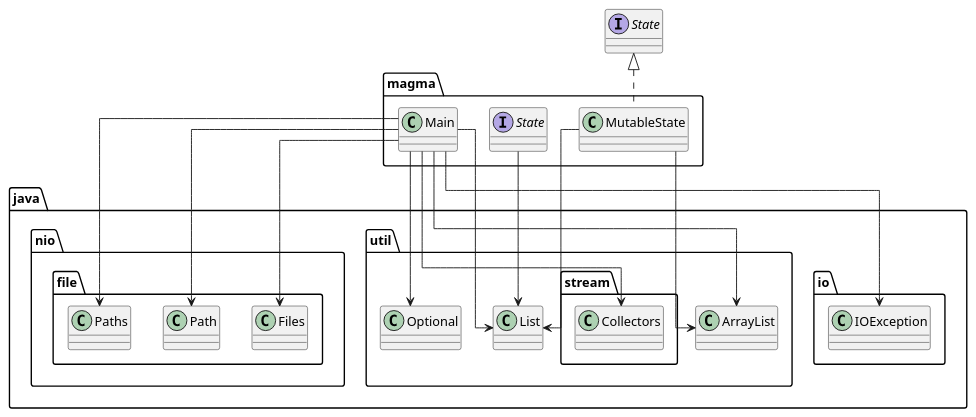
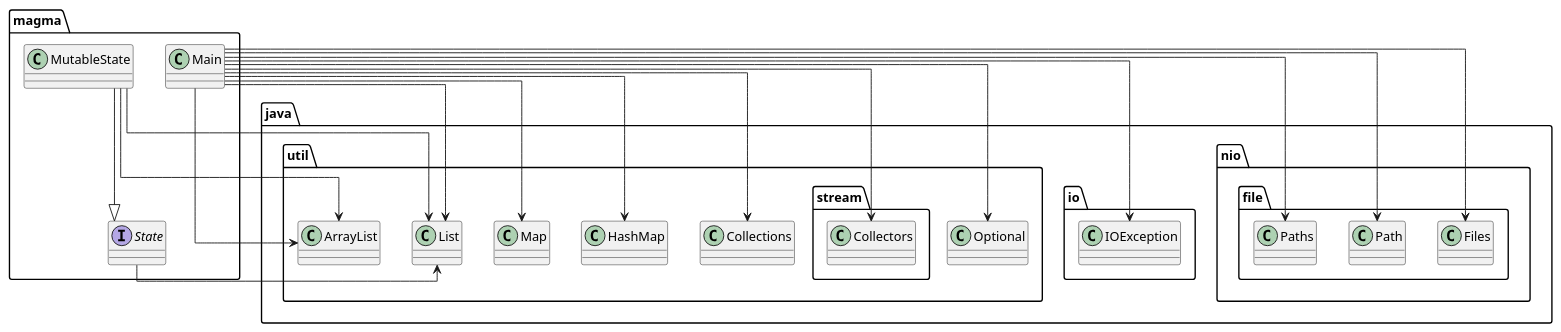
One commit to SirMathhman/Magma changed the diagram in diagram.puml. Above: the diagram before and after it, drawn with PlantUML. The commit also changed 1 other file, not shown here.

```diff
--- a/diagram.puml
+++ b/diagram.puml
@@ -1,17 +1,21 @@
 @startuml
 skinparam linetype ortho
 magma.MutableState --> java.util.ArrayList
 magma.MutableState --> java.util.List
-class magma.MutableState implements State 
+class magma.MutableState 
+magma.MutableState  --|> magma.State
 magma.Main --> java.io.IOException
 magma.Main --> java.nio.file.Files
 magma.Main --> java.nio.file.Path
 magma.Main --> java.nio.file.Paths
 magma.Main --> java.util.ArrayList
+magma.Main --> java.util.Collections
+magma.Main --> java.util.HashMap
 magma.Main --> java.util.List
+magma.Main --> java.util.Map
 magma.Main --> java.util.Optional
 magma.Main --> java.util.stream.Collectors
 class magma.Main 
 magma.State --> java.util.List
 interface magma.State 
 @enduml
```
